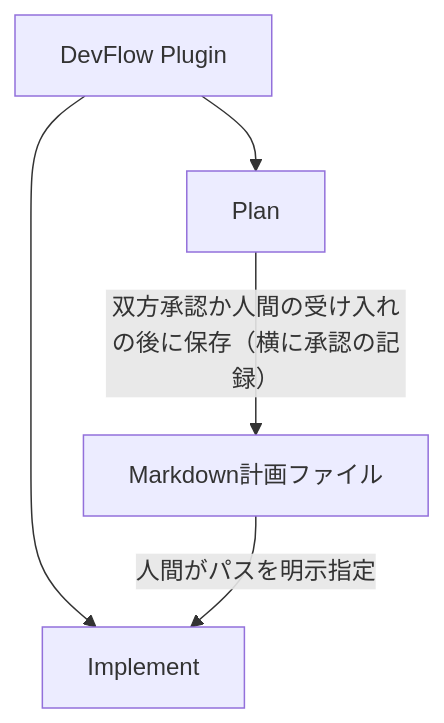
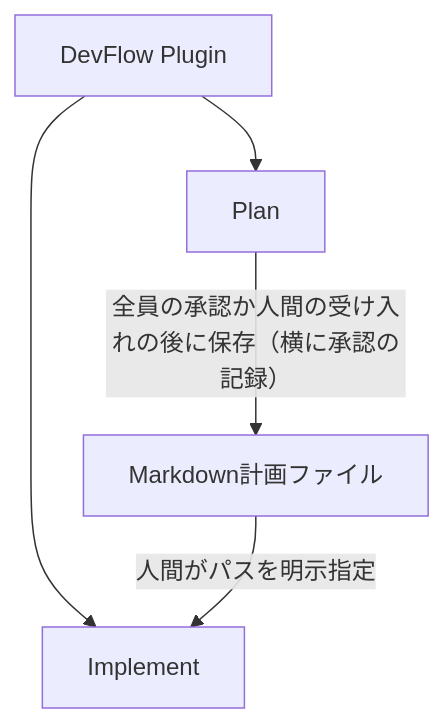
The first of 2 diagrams in docs/architecture.md (rysh25/devflow), drawn with Mermaid before and after one commit. The commit also changed other lines of this file and 34 other files, not shown here.

````diff
--- a/docs/architecture.md
+++ b/docs/architecture.md
@@ -7,7 +7,7 @@
 ```mermaid
 flowchart TD
     D[DevFlow Plugin] --> P[Plan]
     D --> B[Implement]
-    P -->|双方承認か人間の受け入れの後に保存（横に承認の記録）| F[Markdown計画ファイル]
+    P -->|全員の承認か人間の受け入れの後に保存（横に承認の記録）| F[Markdown計画ファイル]
     F -->|人間がパスを明示指定| B
 ```
````
